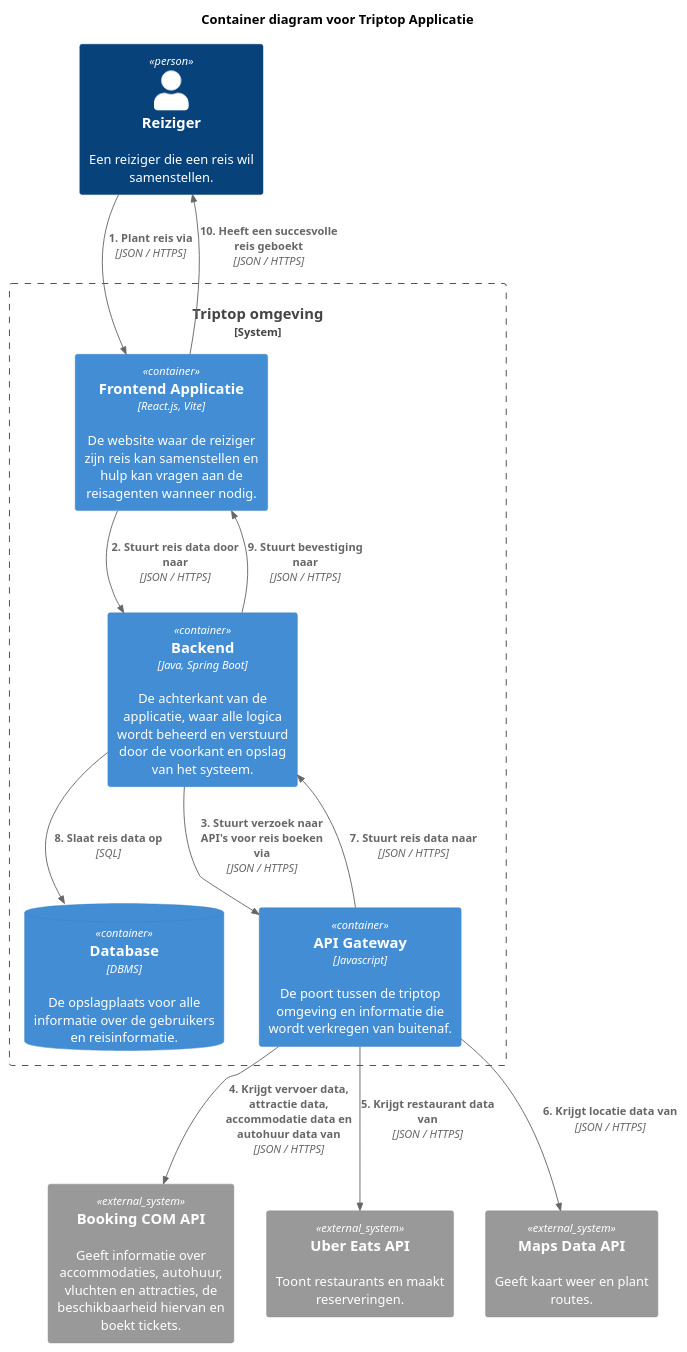
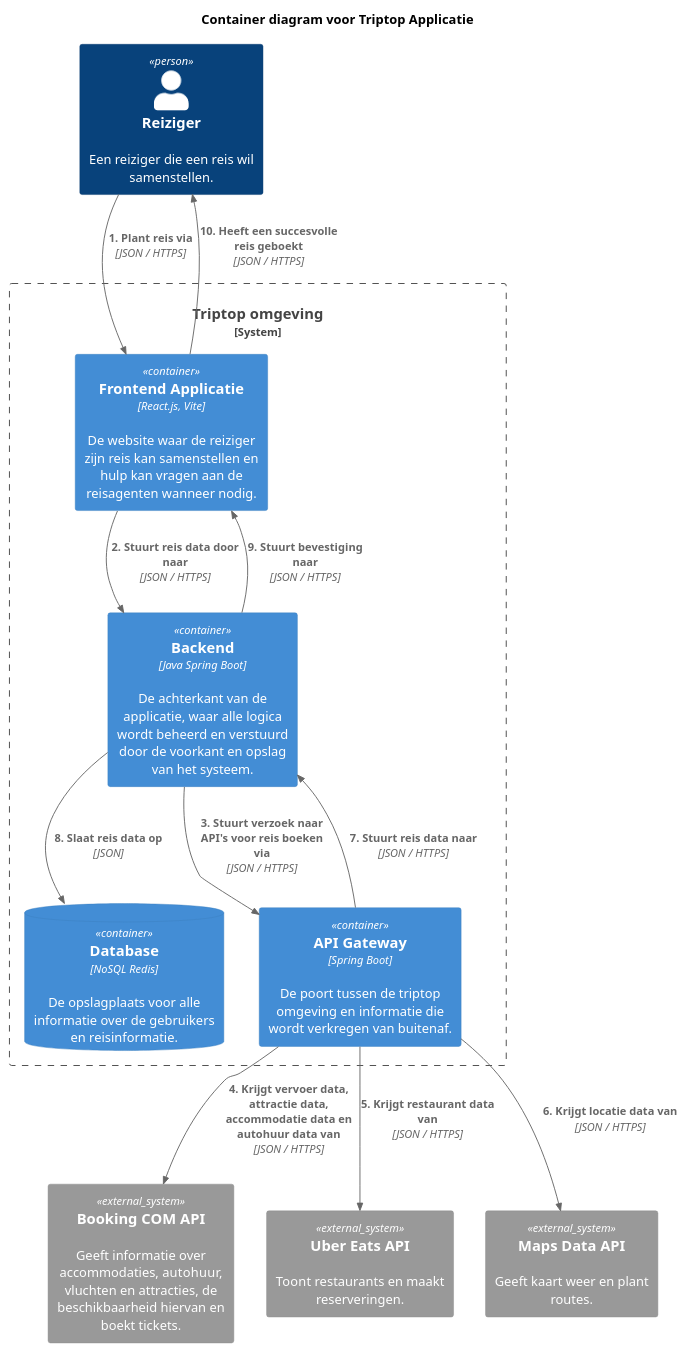
Before and after one commit to AIM-ENE-feb25/triptop-beca: the diagram in opdracht-diagrammen/Container diagrammen/dynamische-diagrammen/boeken-diagram.puml, drawn with PlantUML. The commit also changed 3 other files, not shown here.

Commit message:
Feedback geimplementeerd voor week 1 dynamische diagrammen

```diff
--- a/opdracht-diagrammen/Container diagrammen/dynamische-diagrammen/boeken-diagram.puml
+++ b/opdracht-diagrammen/Container diagrammen/dynamische-diagrammen/boeken-diagram.puml
@@ -1,33 +1,33 @@
 @startuml
 
 !include https://raw.githubusercontent.com/plantuml-stdlib/C4-PlantUML/master/C4_Container.puml
 
 title Container diagram voor Triptop Applicatie
 
 Person(reiziger, Reiziger, "Een reiziger die een reis wil samenstellen.")
 
 System_Boundary(c1, "Triptop omgeving") {
     Container(frontend, "Frontend Applicatie", "React.js, Vite", "De website waar de reiziger zijn reis kan samenstellen en hulp kan vragen aan de reisagenten wanneer nodig.")
-    Container(backend, "Backend", "Java, Spring Boot", "De achterkant van de applicatie, waar alle logica wordt beheerd en verstuurd door de voorkant en opslag van het systeem.")
-    ContainerDb(database, "Database", "DBMS", "De opslagplaats voor alle informatie over de gebruikers en reisinformatie.")
-    Container(api_gateway, "API Gateway", "Javascript", "De poort tussen de triptop omgeving en informatie die wordt verkregen van buitenaf.")
+    Container(backend, "Backend", "Java Spring Boot", "De achterkant van de applicatie, waar alle logica wordt beheerd en verstuurd door de voorkant en opslag van het systeem.")
+    ContainerDb(database, "Database", "NoSQL Redis", "De opslagplaats voor alle informatie over de gebruikers en reisinformatie.")
+    Container(api_gateway, "API Gateway", "Spring Boot", "De poort tussen de triptop omgeving en informatie die wordt verkregen van buitenaf.")
 }
 
 System_Ext(overnachting_vervoer, "Booking COM API", "Geeft informatie over accommodaties, autohuur, vluchten en attracties, de beschikbaarheid hiervan en boekt tickets.")
 System_Ext(eten, "Uber Eats API", "Toont restaurants en maakt reserveringen.")
 System_Ext(maps, "Maps Data API", "Geeft kaart weer en plant routes.")
 
 
 Rel(reiziger,frontend, "1. Plant reis via", "JSON / HTTPS")
 Rel(frontend, backend, "2. Stuurt reis data door naar", "JSON / HTTPS")
 Rel(backend, api_gateway, "3. Stuurt verzoek naar API's voor reis boeken via", "JSON / HTTPS")
 
 Rel(api_gateway, overnachting_vervoer, "4. Krijgt vervoer data, attractie data, accommodatie data en autohuur data van", "JSON / HTTPS")
 Rel(api_gateway, eten, "5. Krijgt restaurant data van", "JSON / HTTPS")
 Rel(api_gateway, maps, "6. Krijgt locatie data van", "JSON / HTTPS")
 
 Rel(api_gateway, backend, "7. Stuurt reis data naar", "JSON / HTTPS")
-Rel(backend, database, "8. Slaat reis data op", "SQL")
+Rel(backend, database, "8. Slaat reis data op", "JSON")
 Rel(backend, frontend, "9. Stuurt bevestiging naar", "JSON / HTTPS")
 Rel(frontend, reiziger, "10. Heeft een succesvolle reis geboekt", "JSON / HTTPS")
 @enduml
```
